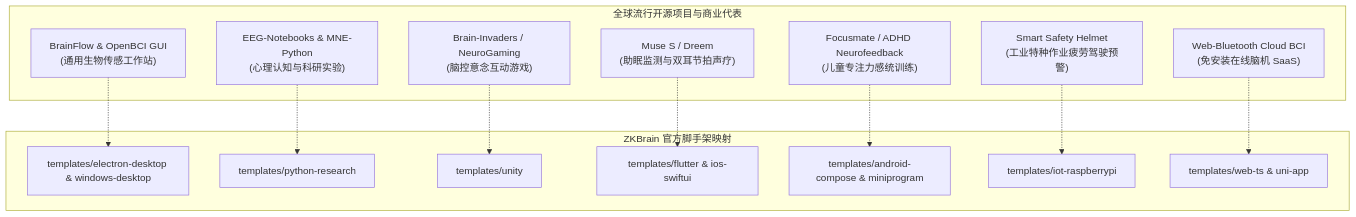
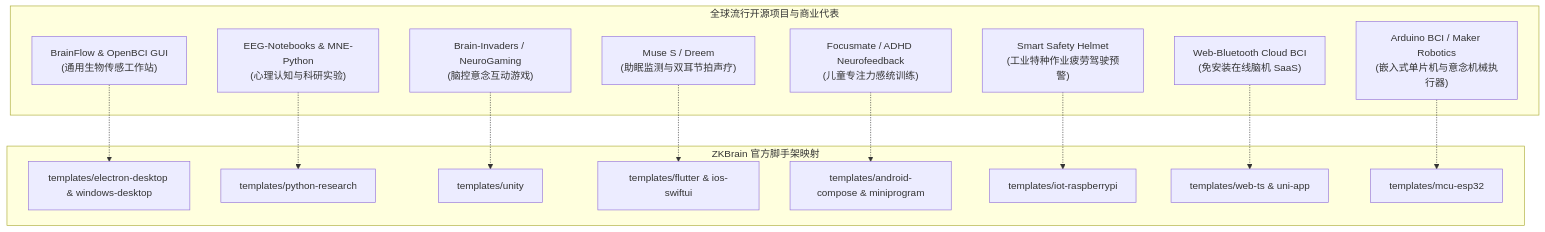
One commit to zkteco-xteam/zkbrain-starter changed the second of 2 diagrams in README.md. Above: the diagram before and after it, drawn with Mermaid. The commit also changed other lines of this file and 16 other files, not shown here.

Commit message:
feat: add ESP32 embedded BCI starter, pure English skill docs, and expand to 15 platforms

````diff
--- a/README.md
+++ b/README.md
@@ -108,30 +108,33 @@
 ```mermaid
 flowchart TD
     subgraph GitHubTopProjects["全球流行开源项目与商业代表"]
         P1["BrainFlow & OpenBCI GUI<br/>(通用生物传感工作站)"]
         P2["EEG-Notebooks & MNE-Python<br/>(心理认知与科研实验)"]
         P3["Brain-Invaders / NeuroGaming<br/>(脑控意念互动游戏)"]
         P4["Muse S / Dreem<br/>(助眠监测与双耳节拍声疗)"]
         P5["Focusmate / ADHD Neurofeedback<br/>(儿童专注力感统训练)"]
         P6["Smart Safety Helmet<br/>(工业特种作业疲劳驾驶预警)"]
         P7["Web-Bluetooth Cloud BCI<br/>(免安装在线脑机 SaaS)"]
+        P8["Arduino BCI / Maker Robotics<br/>(嵌入式单片机与意念机械执行器)"]
     end
 
     subgraph ZKBrainTemplates["ZKBrain 官方脚手架映射"]
         T1["templates/electron-desktop & windows-desktop"]
         T2["templates/python-research"]
         T3["templates/unity"]
         T4["templates/flutter & ios-swiftui"]
         T5["templates/android-compose & miniprogram"]
         T6["templates/iot-raspberrypi"]
         T7["templates/web-ts & uni-app"]
+        T8["templates/mcu-esp32"]
     end
 
     P1 -.-> T1
     P2 -.-> T2
     P3 -.-> T3
     P4 -.-> T4
     P5 -.-> T5
     P6 -.-> T6
     P7 -.-> T7
+    P8 -.-> T8
 ```
````
